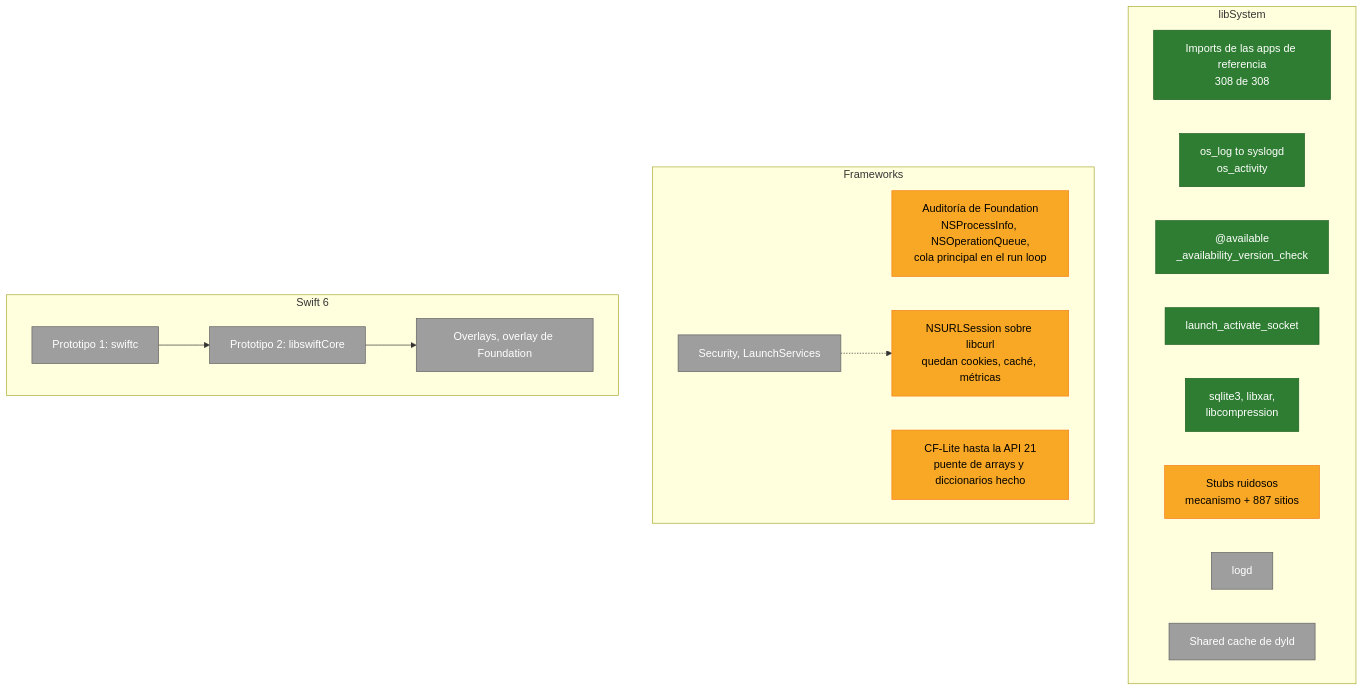
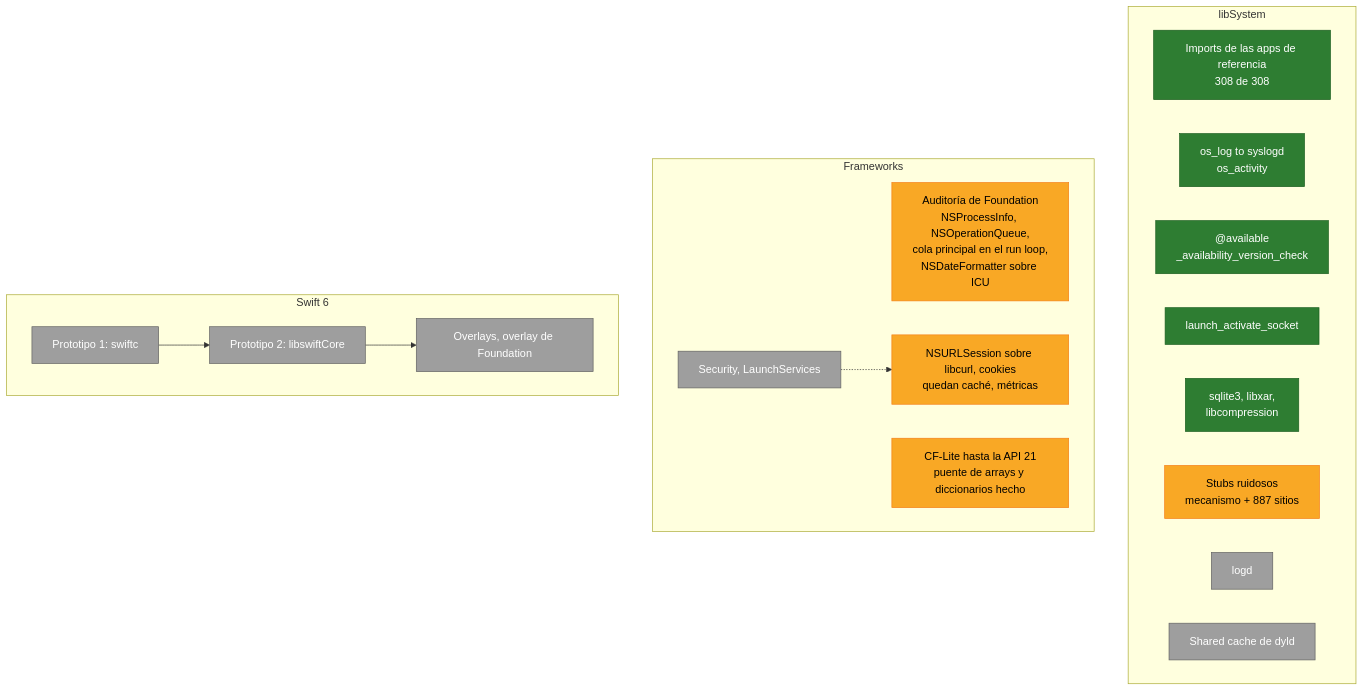
Before and after one commit to minkaros/minkar: the second of 4 diagrams in Docs/Progress.es.md, drawn with Mermaid. The commit also changed 3 other files, not shown here.

Commit message:
Docs: cookies, paths, block observers and NSDateFormatter in Foundation

````diff
--- a/Docs/Progress.es.md
+++ b/Docs/Progress.es.md
@@ -37,30 +37,30 @@
 ```mermaid
 flowchart TB
     subgraph LS["libSystem"]
         L1["Imports de las apps de referencia<br/>308 de 308"]:::done
         L2["os_log to syslogd<br/>os_activity"]:::done
         L3["@available<br/>_availability_version_check"]:::done
         L4["launch_activate_socket"]:::done
         L8["sqlite3, libxar,<br/>libcompression"]:::done
         L5["Stubs ruidosos<br/>mecanismo + 887 sitios"]:::partial
         L6["logd"]:::todo
         L7["Shared cache de dyld"]:::todo
     end
     subgraph FW["Frameworks"]
-        F1["Auditoría de Foundation<br/>NSProcessInfo, NSOperationQueue,<br/>cola principal en el run loop"]:::partial
-        F2["NSURLSession sobre libcurl<br/>quedan cookies, caché, métricas"]:::partial
+        F1["Auditoría de Foundation<br/>NSProcessInfo, NSOperationQueue,<br/>cola principal en el run loop,<br/>NSDateFormatter sobre ICU"]:::partial
+        F2["NSURLSession sobre libcurl, cookies<br/>quedan caché, métricas"]:::partial
         F3["CF-Lite hasta la API 21<br/>puente de arrays y diccionarios hecho"]:::partial
         F4["Security, LaunchServices"]:::todo
     end
     subgraph SW["Swift 6"]
         S1["Prototipo 1: swiftc"]:::todo
         S2["Prototipo 2: libswiftCore"]:::todo
         S3["Overlays, overlay de Foundation"]:::todo
     end
     S1 --> S2 --> S3
     F4 -.-> F2
 
     classDef done fill:#2e7d32,stroke:#1b5e20,color:#fff
     classDef partial fill:#f9a825,stroke:#f57f17,color:#000
     classDef todo fill:#9e9e9e,stroke:#616161,color:#fff
 ```
````
